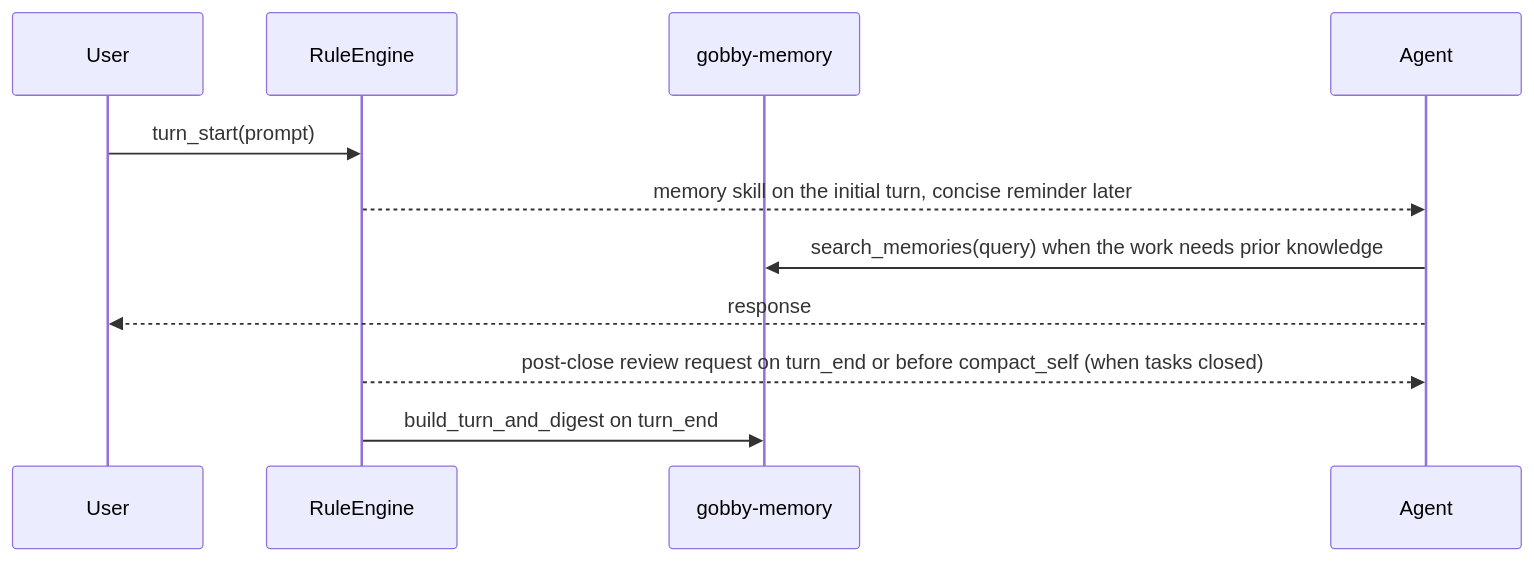
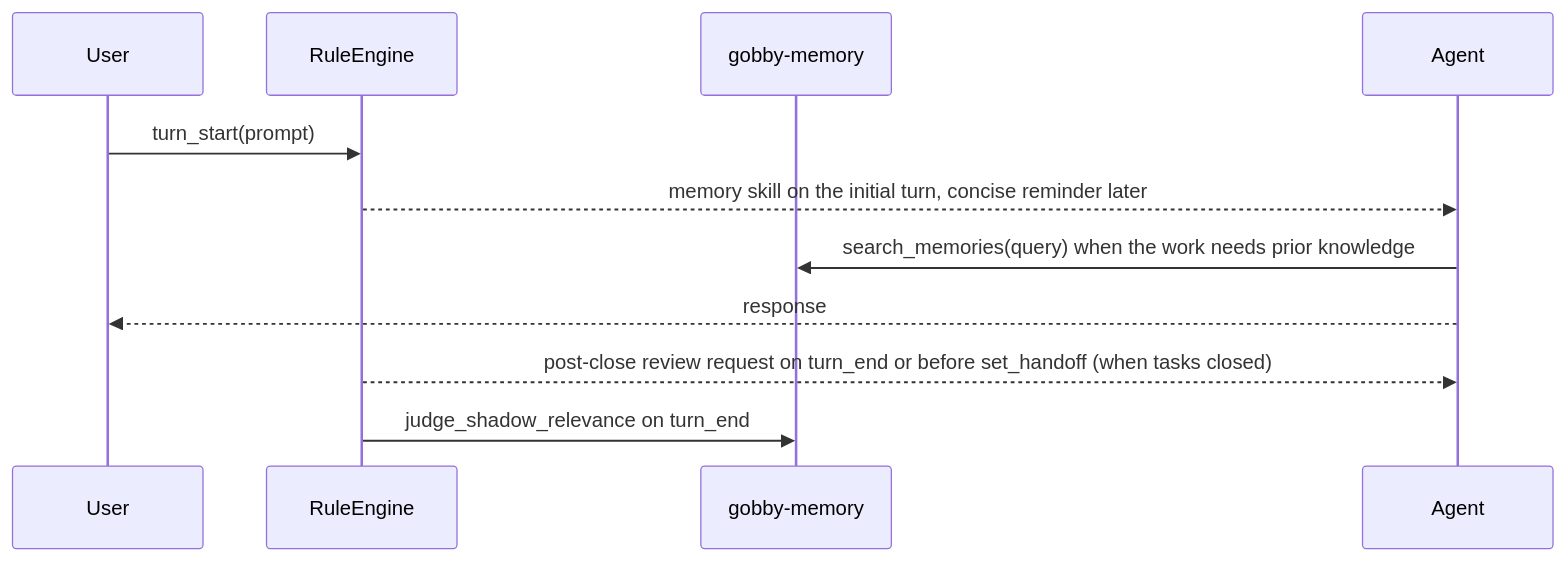
One commit to GobbyAI/gobby changed the second of 2 diagrams in docs/guides/memory.md. Above: the diagram before and after it, drawn with Mermaid. The commit also changed other lines of this file and 215 other files, not shown here.

````diff
--- a/docs/guides/memory.md
+++ b/docs/guides/memory.md
@@ -392,14 +392,14 @@
 ```mermaid
 sequenceDiagram
     participant User
     participant RuleEngine
     participant Memory as gobby-memory
     participant Agent
 
     User->>RuleEngine: turn_start(prompt)
     RuleEngine-->>Agent: memory skill on the initial turn, concise reminder later
     Agent->>Memory: search_memories(query) when the work needs prior knowledge
     Agent-->>User: response
-    RuleEngine-->>Agent: post-close review request on turn_end or before compact_self (when tasks closed)
-    RuleEngine->>Memory: build_turn_and_digest on turn_end
+    RuleEngine-->>Agent: post-close review request on turn_end or before set_handoff (when tasks closed)
+    RuleEngine->>Memory: judge_shadow_relevance on turn_end
 ```
````
